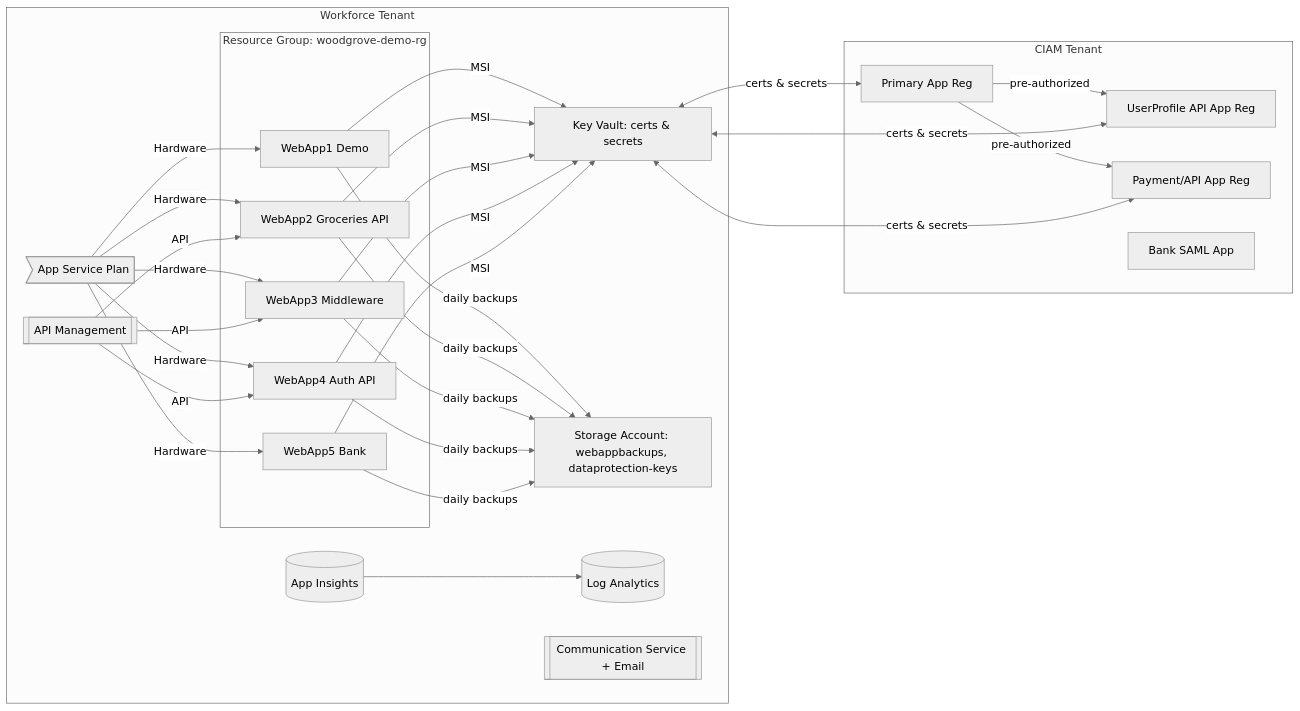
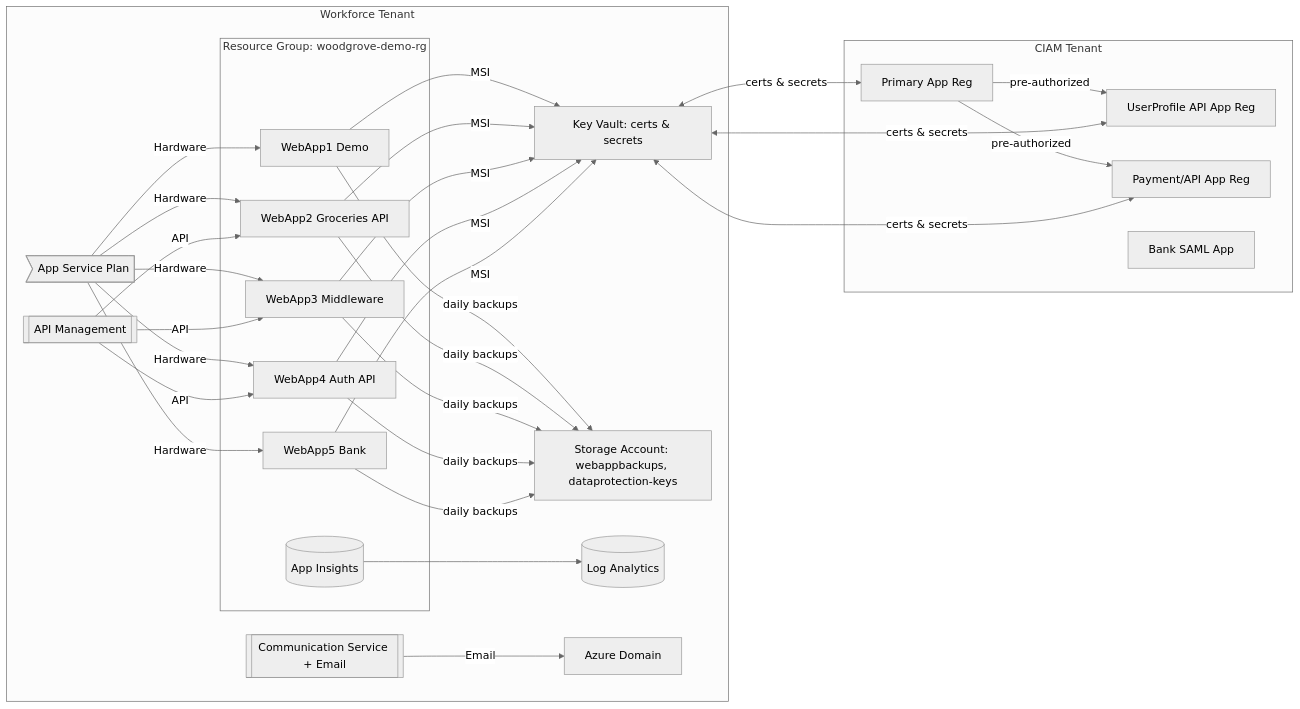
The diagram in README.md (t79homasdw/woodgrove-infrastructure), drawn with Mermaid (neutral theme) before and after one commit. The commit also changed other lines of this file, not shown here.

````diff
--- a/README.md
+++ b/README.md
@@ -11,33 +11,35 @@
 ```mermaid
 flowchart LR
   subgraph CIAM Tenant
     AADP[Primary App Reg]
     AADU[UserProfile API App Reg]
     AADA[Payment/API App Reg]
     AADB[Bank SAML App]
   end
   subgraph Workforce Tenant
     KV[Key Vault: certs & secrets]
     SA[Storage Account: webappbackups, dataprotection-keys]
     LAW[(Log Analytics)]
-    AI[(App Insights)]
     subgraph ResourceGroup [Resource Group: woodgrove-demo-rg]
         W1[WebApp1 Demo]
         W2[WebApp2 Groceries API]
         W3[WebApp3 Middleware]
         W4[WebApp4 Auth API]
         W5[WebApp5 Bank]
+        AI[(App Insights)]
     end
     ASP>App Service Plan]
     APIM[[API Management]]
     ACS[[Communication Service + Email]]
+    DM[Azure Domain]
   end
   AADP -->|pre-authorized| AADU
   AADP -->|pre-authorized| AADA
   KV <-->|certs & secrets| AADP & AADU & AADA
   W1 & W2 & W3 & W4 & W5 -->|MSI| KV
   W1 & W2 & W3 & W4 & W5 -->|daily backups| SA
   AI --> LAW
   ASP -->|Hardware| W1 & W2 & W3 & W4 & W5
   APIM -->|API| W2 & W3 & W4 
+  ACS -->|Email| DM
 ```
````
